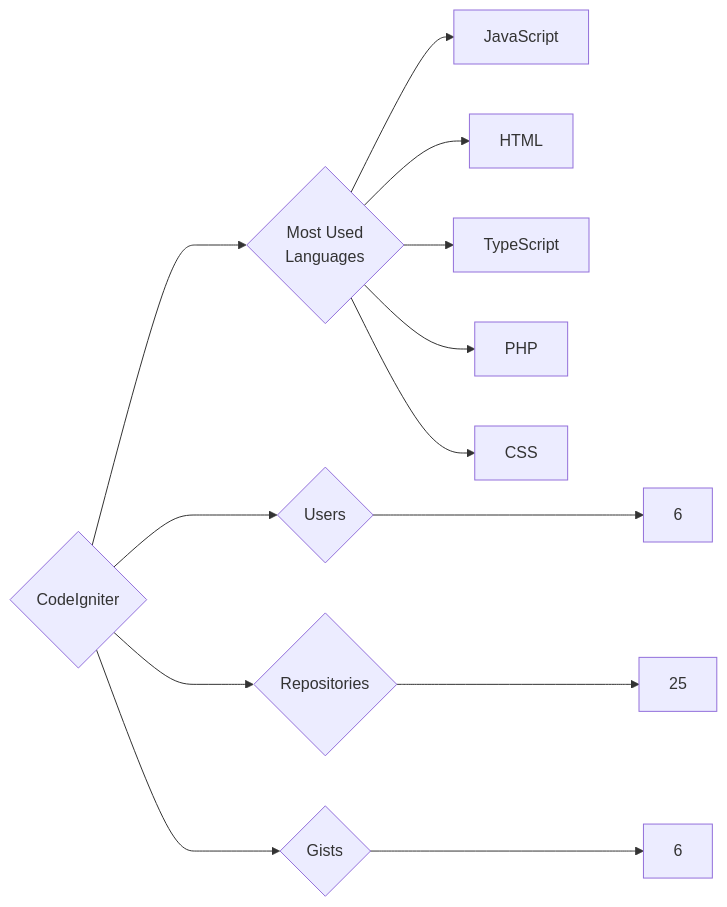
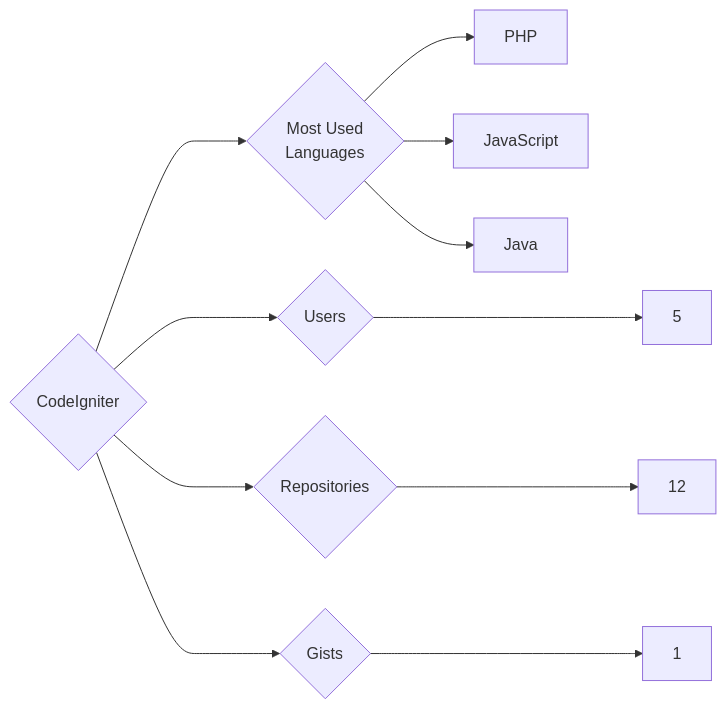
The diagram in targets/CodeIgniter/README.md (trickest/insiders), drawn with Mermaid before and after one commit. The commit also changed 1148 other files, not shown here.

````diff
--- a/targets/CodeIgniter/README.md
+++ b/targets/CodeIgniter/README.md
@@ -3,13 +3,11 @@
 ```mermaid
 graph LR
 COMPANY_NAME{CodeIgniter}
-COMPANY_NAME ---> U{Users} ---> UN[6]
-COMPANY_NAME ---> R{Repositories} ---> RN[25]
-COMPANY_NAME ---> G{Gists} ---> GN[6]
+COMPANY_NAME ---> U{Users} ---> UN[5]
+COMPANY_NAME ---> R{Repositories} ---> RN[12]
+COMPANY_NAME ---> G{Gists} ---> GN[1]
 COMPANY_NAME ---> ML{Most Used<br>Languages}
+ML --> PHP[PHP]
 ML --> JavaScript[JavaScript]
-ML --> HTML[HTML]
-ML --> TypeScript[TypeScript]
-ML --> PHP[PHP]
-ML --> CSS[CSS]
+ML --> Java[Java]
 ```
````
